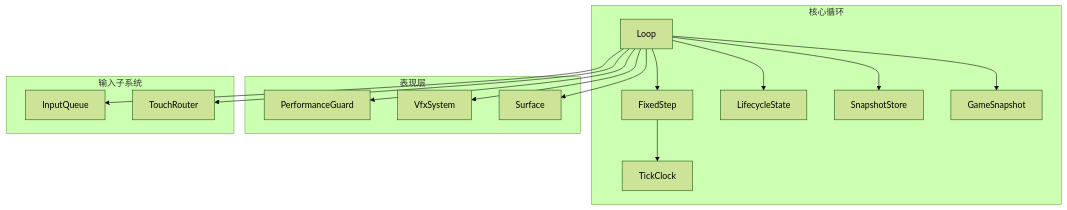
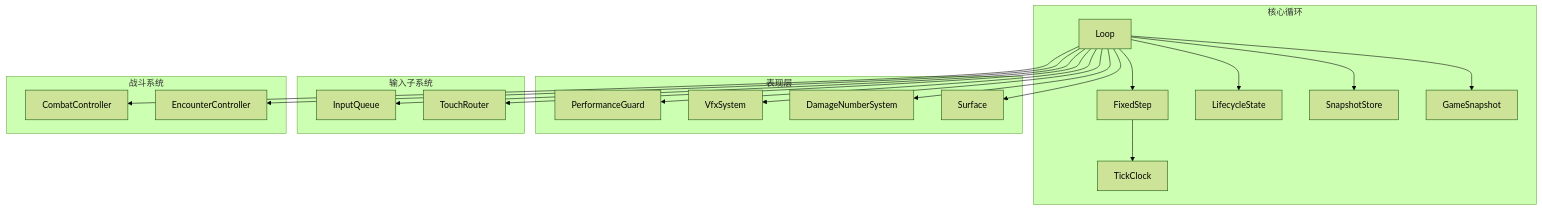
The first of 7 diagrams in .qoder/repowiki/zh/content/架构设计/分层架构设计/引擎层设计/游戏循环系统.md (sj123sheng/my-world), drawn with Mermaid (forest theme) before and after one commit. The commit also changed other lines of this file and 161 other files, not shown here.

````diff
--- a/.qoder/repowiki/zh/content/架构设计/分层架构设计/引擎层设计/游戏循环系统.md
+++ b/.qoder/repowiki/zh/content/架构设计/分层架构设计/引擎层设计/游戏循环系统.md
@@ -50,30 +65,38 @@
 ```mermaid
 graph TB
 subgraph "核心循环"
 L["Loop"]
 FS["FixedStep"]
 LC["LifecycleState"]
 SS["SnapshotStore"]
 GS["GameSnapshot"]
 TC["TickClock"]
 end
 subgraph "表现层"
 PG["PerformanceGuard"]
 VFX["VfxSystem"]
+DNS["DamageNumberSystem"]
 SURF["Surface"]
 end
 subgraph "输入子系统"
 IQ["InputQueue"]
 TR["TouchRouter"]
 end
+subgraph "战斗系统"
+CC["CombatController"]
+EC["EncounterController"]
+end
 L --> FS
 L --> LC
 L --> SS
 L --> SURF
 L --> VFX
+L --> DNS
 L --> PG
 L --> IQ
 L --> TR
 L --> GS
+L --> CC
+L --> EC
 FS --> TC
 ```
````
